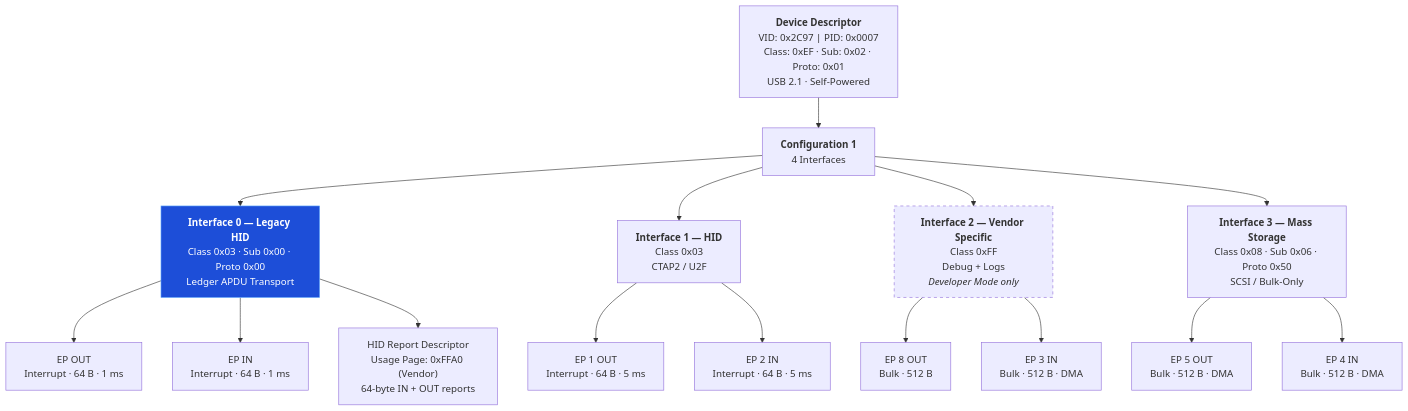
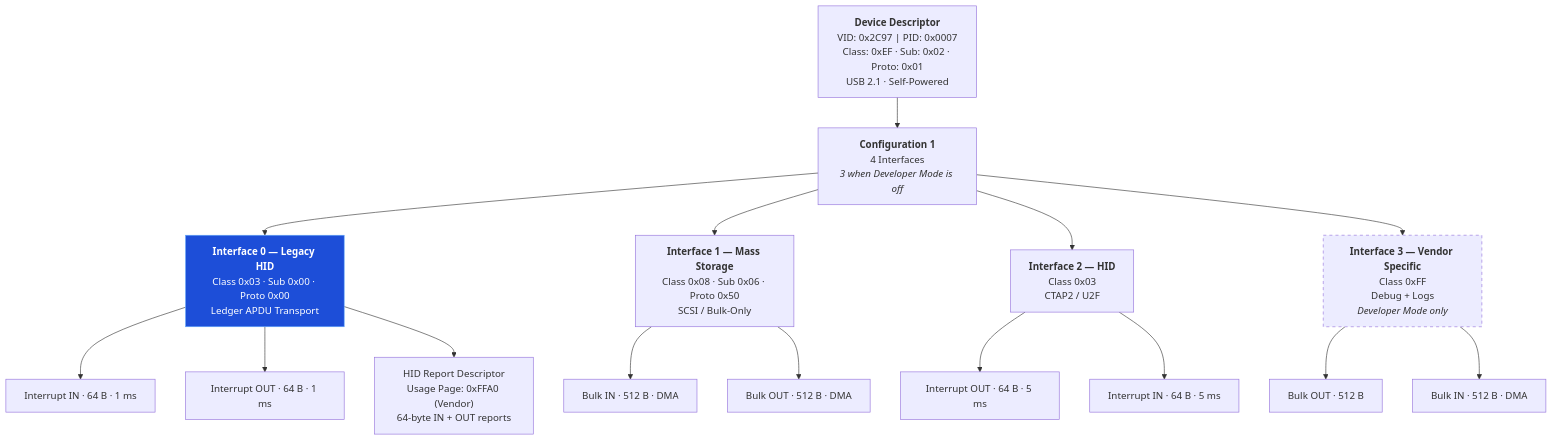
The second of 4 diagrams in docs/usb-architecture.md (Foundation-Devices/KeyOS), drawn with Mermaid before and after one commit. The commit also changed other lines of this file, not shown here.

First line of the commit message:
docs: update USB architecture and debug protocol

````diff
--- a/docs/usb-architecture.md
+++ b/docs/usb-architecture.md
@@ -70,43 +87,43 @@
 ```mermaid
 graph TD
     DEV2["<b>Device Descriptor</b><br/>VID: 0x2C97 | PID: 0x0007<br/>Class: 0xEF · Sub: 0x02 · Proto: 0x01<br/>USB 2.1 · Self-Powered"]
-    CFG2["<b>Configuration 1</b><br/>4 Interfaces"]
+    CFG2["<b>Configuration 1</b><br/>4 Interfaces<br/><i>3 when Developer Mode is off</i>"]
 
     DEV2 --> CFG2
 
     LIF0["<b>Interface 0 — Legacy HID</b><br/>Class 0x03 · Sub 0x00 · Proto 0x00<br/>Ledger APDU Transport"]
-    LIF1["<b>Interface 1 — HID</b><br/>Class 0x03<br/>CTAP2 / U2F"]
-    LIF2["<b>Interface 2 — Vendor Specific</b><br/>Class 0xFF<br/>Debug + Logs<br/><i>Developer Mode only</i>"]
-    LIF3["<b>Interface 3 — Mass Storage</b><br/>Class 0x08 · Sub 0x06 · Proto 0x50<br/>SCSI / Bulk-Only"]
+    LIF1["<b>Interface 1 — Mass Storage</b><br/>Class 0x08 · Sub 0x06 · Proto 0x50<br/>SCSI / Bulk-Only"]
+    LIF2["<b>Interface 2 — HID</b><br/>Class 0x03<br/>CTAP2 / U2F"]
+    LIF3["<b>Interface 3 — Vendor Specific</b><br/>Class 0xFF<br/>Debug + Logs<br/><i>Developer Mode only</i>"]
 
     CFG2 --> LIF0
     CFG2 --> LIF1
     CFG2 --> LIF2
     CFG2 --> LIF3
 
-    LEP_OUT["EP OUT<br/>Interrupt · 64 B · 1 ms"]
-    LEP_IN["EP IN<br/>Interrupt · 64 B · 1 ms"]
+    LEP_OUT["Interrupt OUT · 64 B · 1 ms"]
+    LEP_IN["Interrupt IN · 64 B · 1 ms"]
+    LIF0 --> LEP_IN
     LIF0 --> LEP_OUT
-    LIF0 --> LEP_IN
 
     LHID["HID Report Descriptor<br/>Usage Page: 0xFFA0 (Vendor)<br/>64-byte IN + OUT reports"]
     LIF0 --> LHID
 
-    LEP1O["EP 1 OUT<br/>Interrupt · 64 B · 5 ms"]
-    LEP2I["EP 2 IN<br/>Interrupt · 64 B · 5 ms"]
-    LIF1 --> LEP1O
-    LIF1 --> LEP2I
+    LMS_IN["Bulk IN · 512 B · DMA"]
+    LMS_OUT["Bulk OUT · 512 B · DMA"]
+    LIF1 --> LMS_IN
+    LIF1 --> LMS_OUT
 
-    LEP8O["EP 8 OUT<br/>Bulk · 512 B"]
-    LEP3I["EP 3 IN<br/>Bulk · 512 B · DMA"]
-    LIF2 --> LEP8O
-    LIF2 --> LEP3I
+    LCTAP_OUT["Interrupt OUT · 64 B · 5 ms"]
+    LCTAP_IN["Interrupt IN · 64 B · 5 ms"]
+    LIF2 --> LCTAP_OUT
+    LIF2 --> LCTAP_IN
 
-    LEP5O["EP 5 OUT<br/>Bulk · 512 B · DMA"]
-    LEP4I["EP 4 IN<br/>Bulk · 512 B · DMA"]
-    LIF3 --> LEP5O
-    LIF3 --> LEP4I
+    LDBG_OUT["Bulk OUT · 512 B"]
+    LDBG_IN["Bulk IN · 512 B · DMA"]
+    LIF3 --> LDBG_OUT
+    LIF3 --> LDBG_IN
 
-    style LIF2 stroke-dasharray: 5 5
+    style LIF3 stroke-dasharray: 5 5
     style LIF0 fill:#1d4ed8,stroke:#60a5fa,color:#fff
 ```
````
